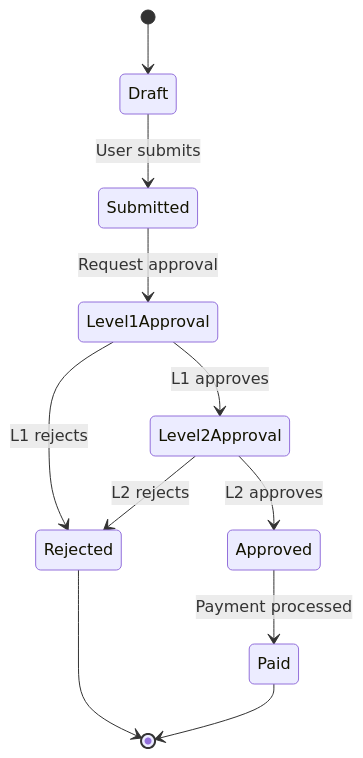
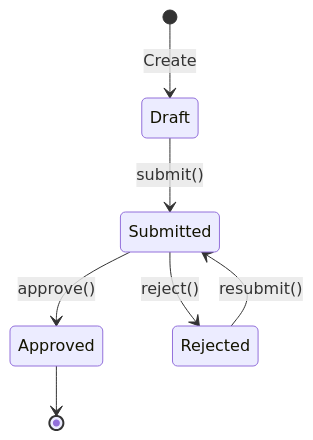
One commit to agusain2001/timesheet changed the fourth of 4 diagrams in architecture.md. Above: the diagram before and after it, drawn with Mermaid. The commit also changed other lines of this file and 102 other files, not shown here.

````diff
--- a/architecture.md
+++ b/architecture.md
@@ -392,13 +287,9 @@
 ```mermaid
 stateDiagram-v2
-    [*] --> Draft
-    Draft --> Submitted: User submits
-    Submitted --> Level1Approval: Request approval
-    Level1Approval --> Level2Approval: L1 approves
-    Level1Approval --> Rejected: L1 rejects
-    Level2Approval --> Approved: L2 approves
-    Level2Approval --> Rejected: L2 rejects
-    Approved --> Paid: Payment processed
-    Rejected --> [*]
-    Paid --> [*]
+    [*] --> Draft: Create
+    Draft --> Submitted: submit()
+    Submitted --> Approved: approve()
+    Submitted --> Rejected: reject()
+    Rejected --> Submitted: resubmit()
+    Approved --> [*]
 ```
````
